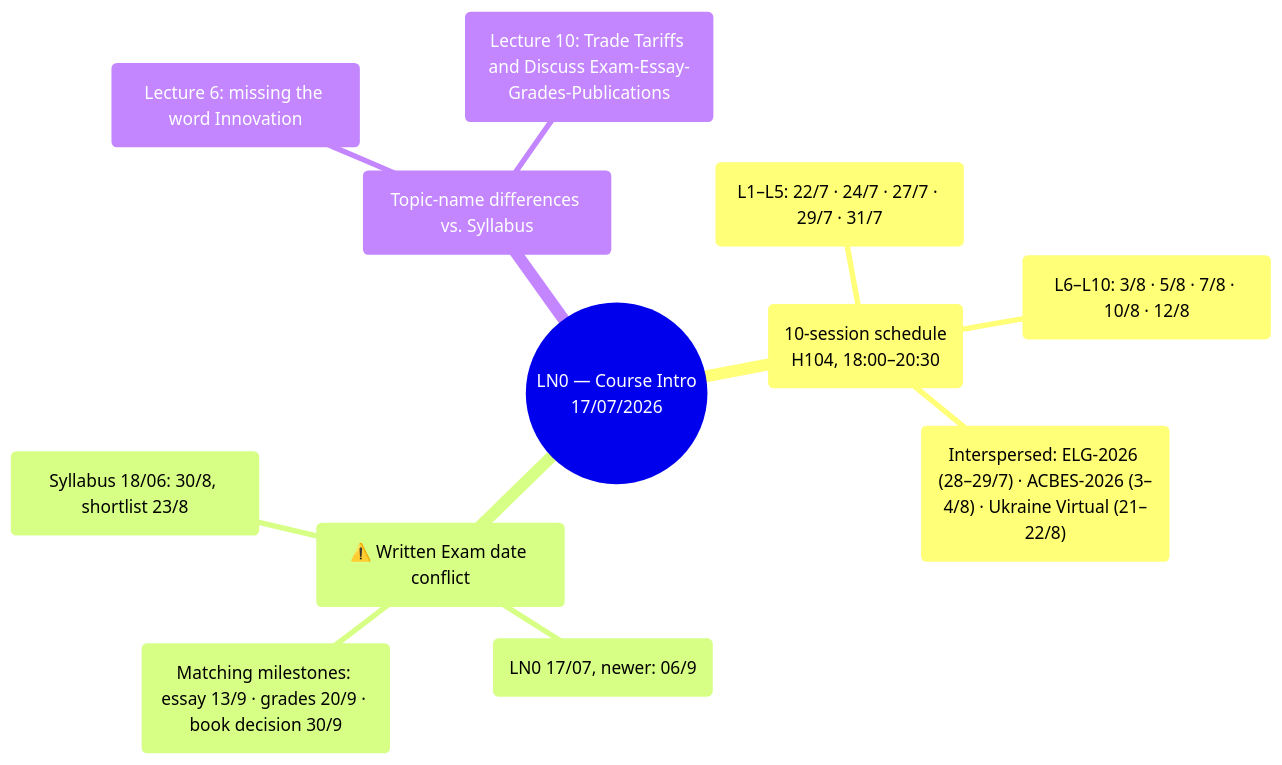
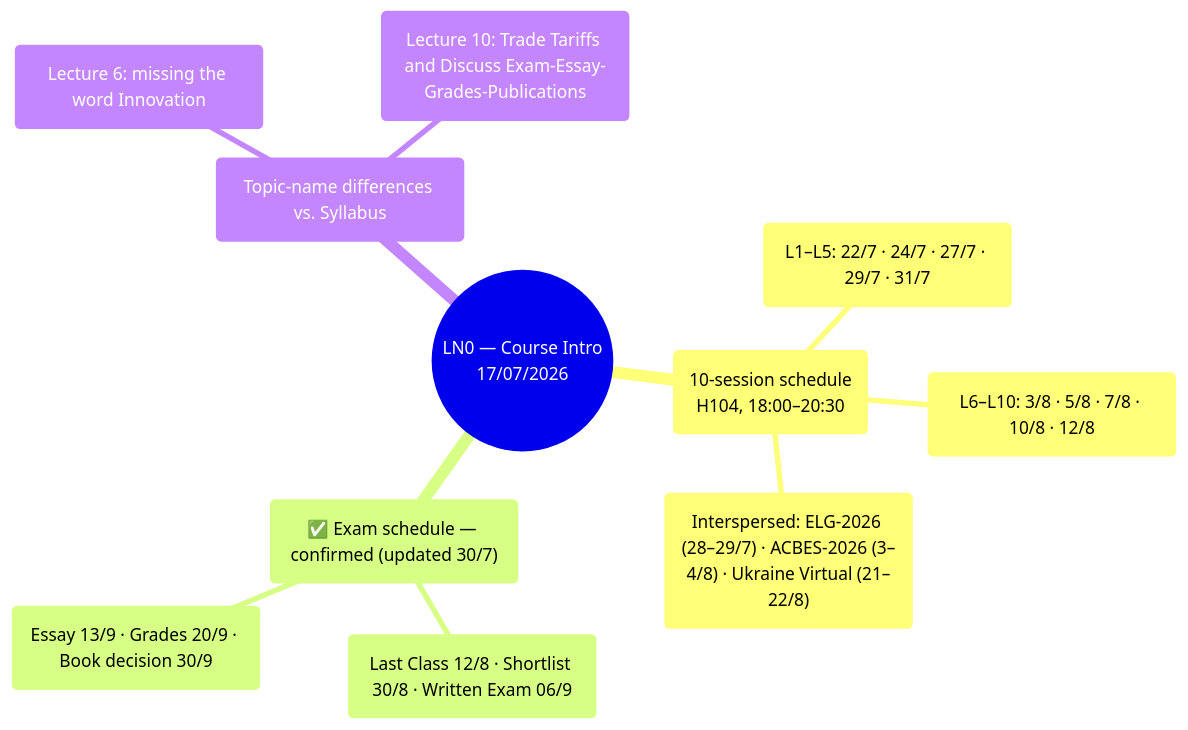
The diagram in content-en/sources/ln0-course-intro.md (tctruc79/32dbc_wiki), drawn with Mermaid before and after one commit. The commit also changed other lines of this file and 7 other files, not shown here.

Commit message:
sync: cập nhật lịch thi đã xác nhận (Written Exam 06/9, shortlist 30/8)

````diff
--- a/content-en/sources/ln0-course-intro.md
+++ b/content-en/sources/ln0-course-intro.md
@@ -19,15 +21,14 @@
 ```mermaid
 mindmap
   root(("LN0 — Course Intro<br/>17/07/2026"))
     ("10-session schedule<br/>H104, 18:00–20:30")
       ("L1–L5: 22/7 · 24/7 · 27/7 · 29/7 · 31/7")
       ("L6–L10: 3/8 · 5/8 · 7/8 · 10/8 · 12/8")
       ("Interspersed: ELG-2026 (28–29/7) · ACBES-2026 (3–4/8) · Ukraine Virtual (21–22/8)")
-    ("⚠️ Written Exam date conflict")
-      ("Syllabus 18/06: 30/8, shortlist 23/8")
-      ("LN0 17/07, newer: 06/9")
-      ("Matching milestones: essay 13/9 · grades 20/9 · book decision 30/9")
+    ("✅ Exam schedule — confirmed (updated 30/7)")
+      ("Last Class 12/8 · Shortlist 30/8 · Written Exam 06/9")
+      ("Essay 13/9 · Grades 20/9 · Book decision 30/9")
     ("Topic-name differences vs. Syllabus")
       ("Lecture 6: missing the word Innovation")
       ("Lecture 10: Trade Tariffs and Discuss Exam-Essay-Grades-Publications")
 ```
````
